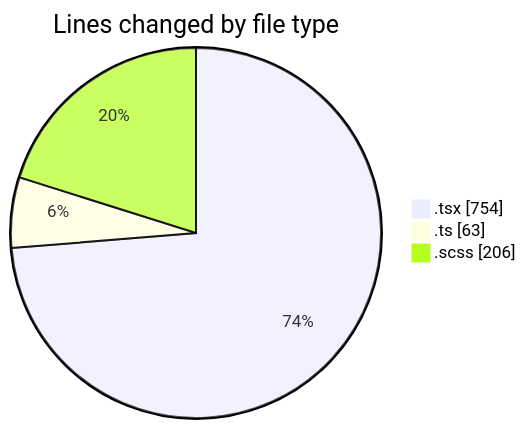
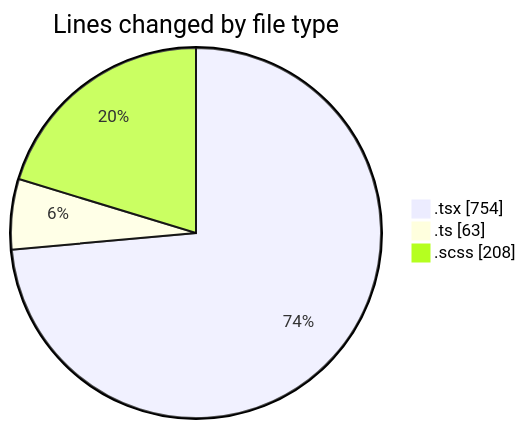
The first of 2 diagrams in 2025-04-02/cda/README.md (momahboobian/code-tracking), drawn with Mermaid before and after one commit. The commit also changed other lines of this file and 1 other file, not shown here.

````diff
--- a/2025-04-02/cda/README.md
+++ b/2025-04-02/cda/README.md
@@ -25,7 +25,7 @@
 ```mermaid
 pie showData
 title Lines changed by file type
 ".tsx" : 754
 ".ts" : 63
-".scss" : 206
+".scss" : 208
 ```
````
